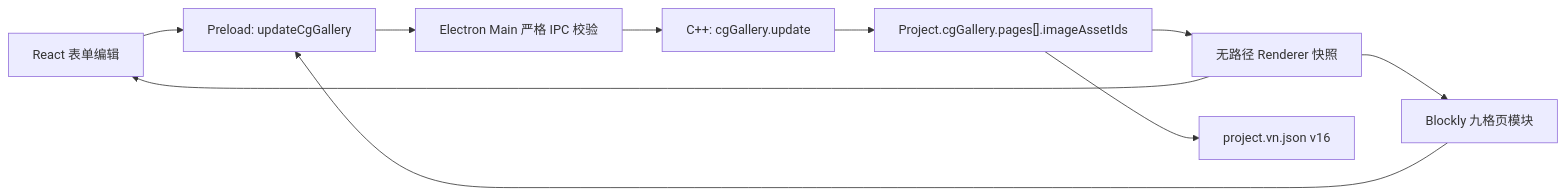
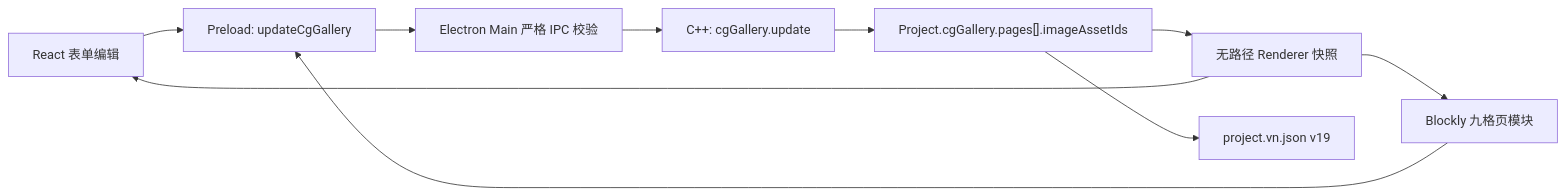
Before and after one commit to DarkboyRyan/Scratch-Novel-Engine: the first of 2 diagrams in docs/cg-gallery-implementation.md, drawn with Mermaid. The commit also changed other lines of this file and 532 other files, not shown here.

````diff
--- a/docs/cg-gallery-implementation.md
+++ b/docs/cg-gallery-implementation.md
@@ -70,12 +72,12 @@
 ```mermaid
 flowchart LR
   FORM["React 表单编辑"] --> INVOKE["Preload: updateCgGallery"]
   BLOCKLY["Blockly 九格页模块"] --> INVOKE
   INVOKE --> IPC["Electron Main 严格 IPC 校验"]
   IPC --> BACKEND["C++: cgGallery.update"]
   BACKEND --> PROJECT["Project.cgGallery.pages[].imageAssetIds"]
   PROJECT --> SNAPSHOT["无路径 Renderer 快照"]
-  PROJECT --> FILE["project.vn.json v16"]
+  PROJECT --> FILE["project.vn.json v19"]
   SNAPSHOT --> FORM
   SNAPSHOT --> BLOCKLY
 ```
````
